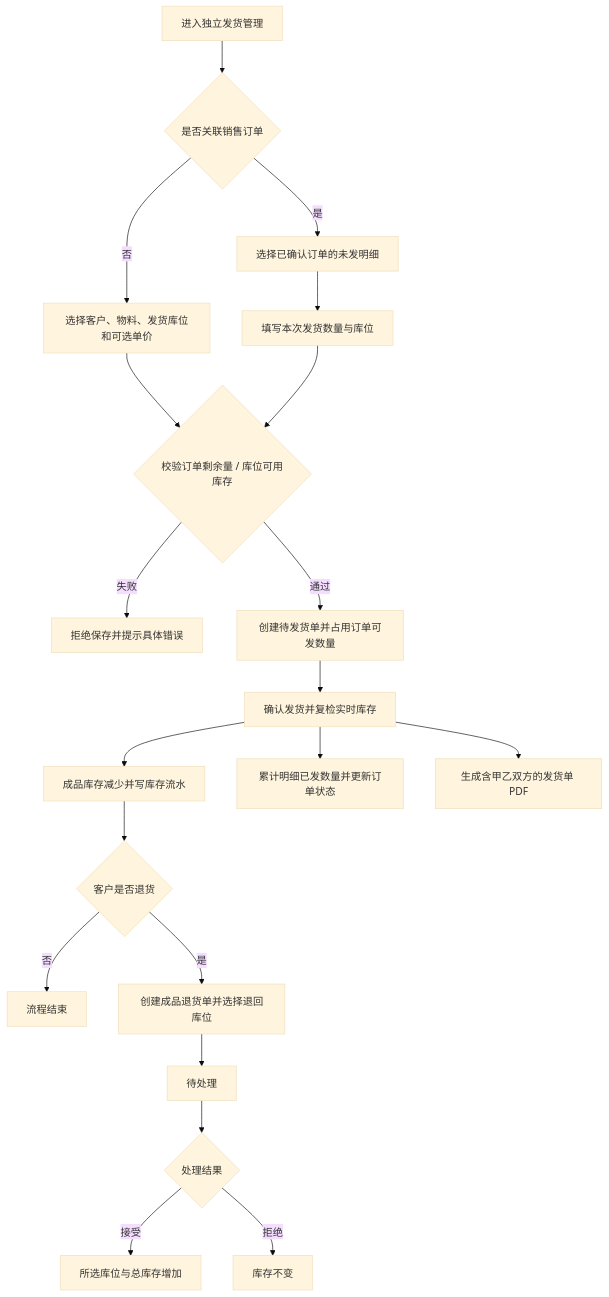
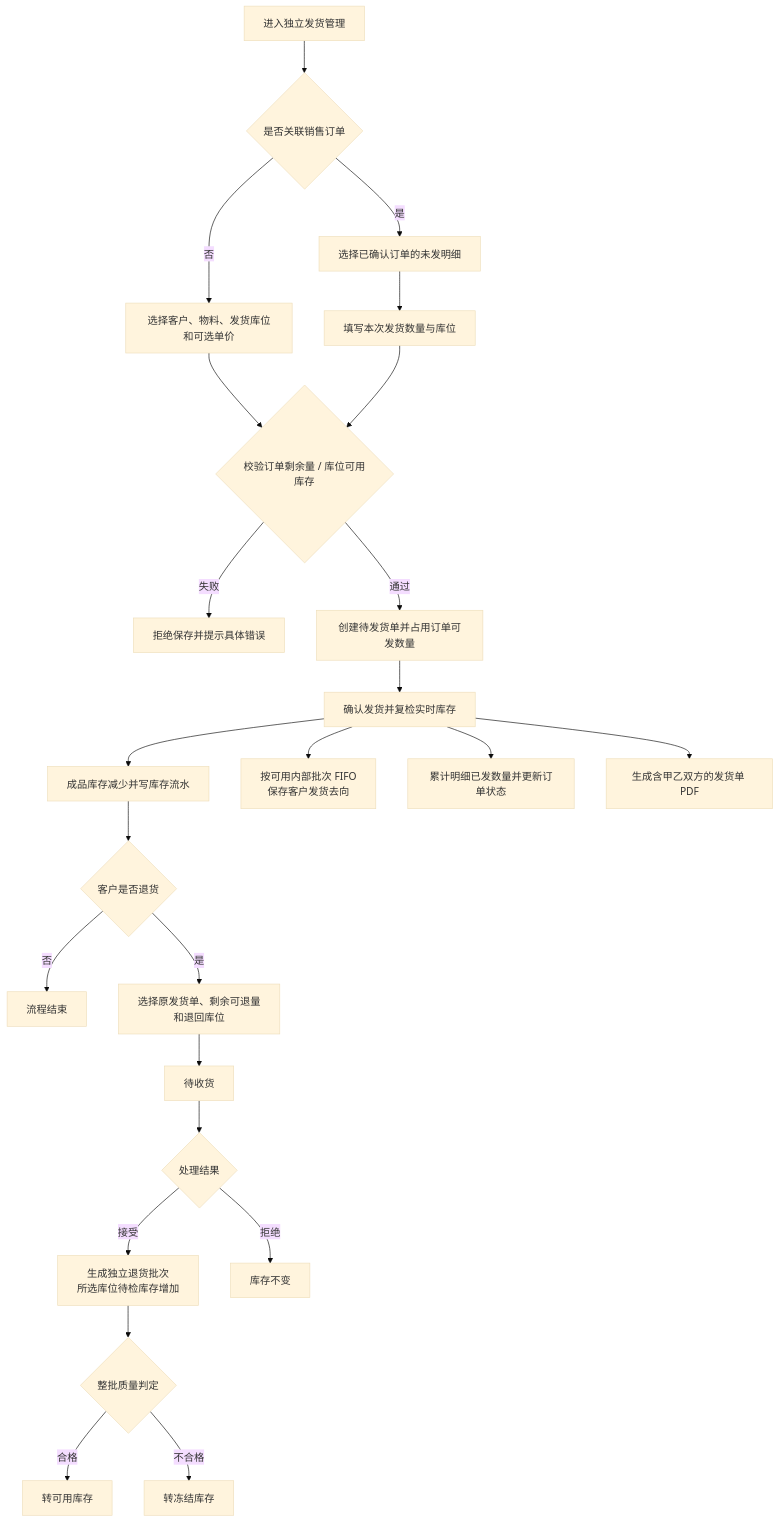
Before and after one commit to goldf2/mes-lite: diagram 16 of 18 in docs/minierp/system-function-flow.md, drawn with Mermaid (base theme). The commit also changed other lines of this file and 68 other files, not shown here.

````diff
--- a/docs/minierp/system-function-flow.md
+++ b/docs/minierp/system-function-flow.md
@@ -524,22 +524,26 @@
 ```mermaid
 flowchart TD
   A["进入独立发货管理"] --> Q{"是否关联销售订单"}
   Q -->|是| B["选择已确认订单的未发明细"]
   Q -->|否| R["选择客户、物料、发货库位和可选单价"]
   B --> C["填写本次发货数量与库位"]
   R --> V
   C --> V{"校验订单剩余量 / 库位可用库存"}
   V -->|失败| X["拒绝保存并提示具体错误"]
   V -->|通过| P["创建待发货单并占用订单可发数量"]
   P --> S["确认发货并复检实时库存"]
   S --> D["成品库存减少并写库存流水"]
+  S --> T["按可用内部批次 FIFO<br/>保存客户发货去向"]
   S --> O["累计明细已发数量并更新订单状态"]
   S --> E["生成含甲乙双方的发货单 PDF"]
   D --> F{"客户是否退货"}
   F -->|否| G["流程结束"]
-  F -->|是| H["创建成品退货单并选择退回库位"]
-  H --> I["待处理"]
+  F -->|是| H["选择原发货单、剩余可退量<br/>和退回库位"]
+  H --> I["待收货"]
   I --> J{"处理结果"}
-  J -->|接受| K["所选库位与总库存增加"]
+  J -->|接受| K["生成独立退货批次<br/>所选库位待检库存增加"]
+  K --> M{"整批质量判定"}
+  M -->|合格| N["转可用库存"]
+  M -->|不合格| O2["转冻结库存"]
   J -->|拒绝| L["库存不变"]
 ```
````
